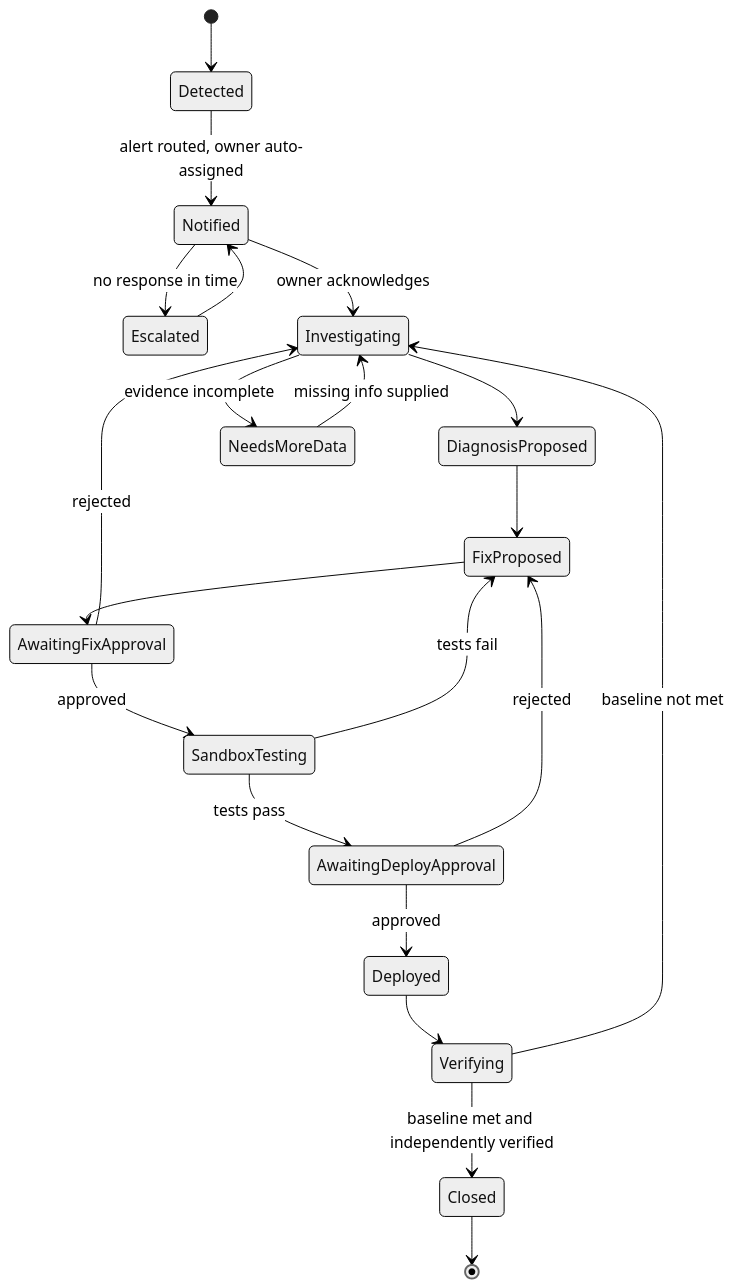
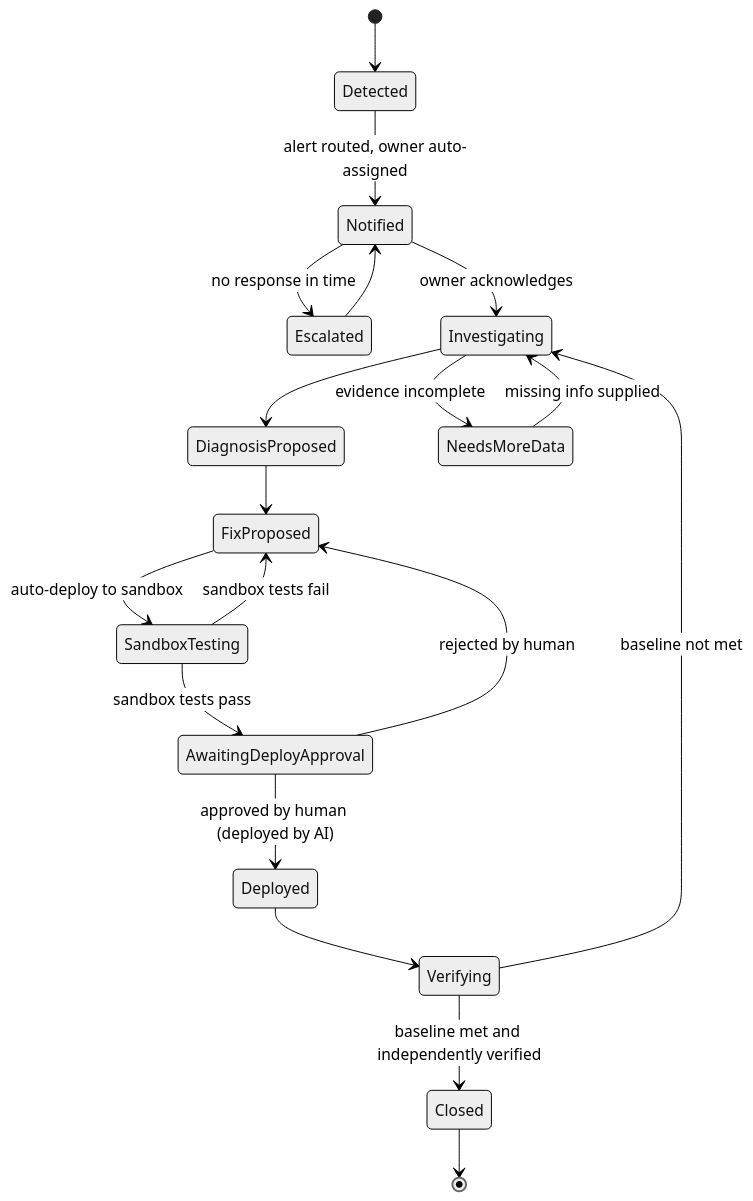
Diagram 16 of 17 in artifacts/product_requirement.md (DiwasDev/AI-SRE), drawn with Mermaid (neutral theme) before and after one commit. The commit also changed other lines of this file and 1 other file, not shown here.

Commit message:
Update approval flow to single-gate and support multi-provider LLM fallback

````diff
--- a/artifacts/product_requirement.md
+++ b/artifacts/product_requirement.md
@@ -421,23 +416,21 @@
 ```mermaid
 stateDiagram-v2
     [*] --> Detected
     Detected --> Notified: alert routed, owner auto-assigned
     Notified --> Escalated: no response in time
     Escalated --> Notified
     Notified --> Investigating: owner acknowledges
     Investigating --> DiagnosisProposed
     Investigating --> NeedsMoreData: evidence incomplete
     NeedsMoreData --> Investigating: missing info supplied
     DiagnosisProposed --> FixProposed
-    FixProposed --> AwaitingFixApproval
-    AwaitingFixApproval --> SandboxTesting: approved
-    AwaitingFixApproval --> Investigating: rejected
-    SandboxTesting --> AwaitingDeployApproval: tests pass
-    SandboxTesting --> FixProposed: tests fail
-    AwaitingDeployApproval --> Deployed: approved
-    AwaitingDeployApproval --> FixProposed: rejected
+    FixProposed --> SandboxTesting: auto-deploy to sandbox
+    SandboxTesting --> FixProposed: sandbox tests fail
+    SandboxTesting --> AwaitingDeployApproval: sandbox tests pass
+    AwaitingDeployApproval --> FixProposed: rejected by human
+    AwaitingDeployApproval --> Deployed: approved by human (deployed by AI)
     Deployed --> Verifying
     Verifying --> Closed: baseline met and independently verified
     Verifying --> Investigating: baseline not met
     Closed --> [*]
 ```
````
